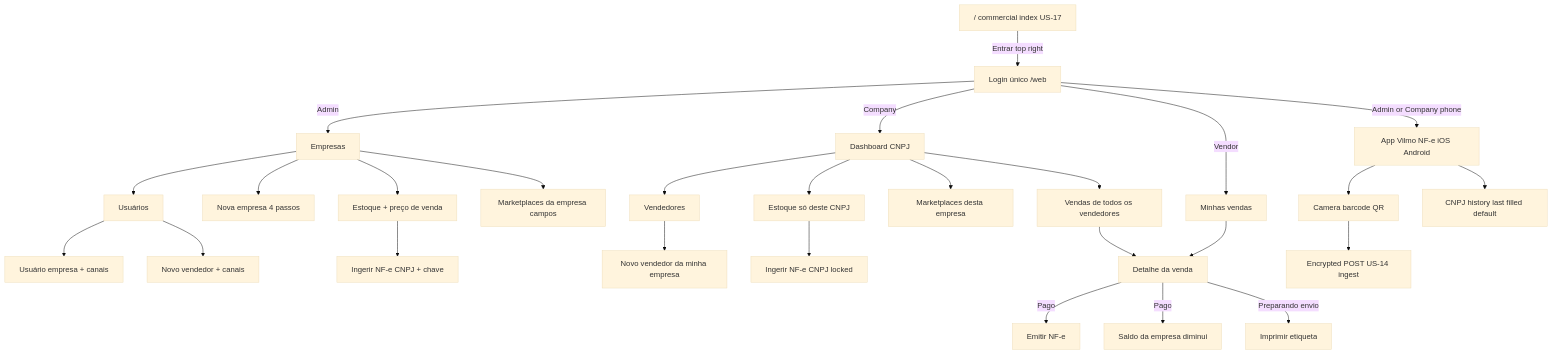
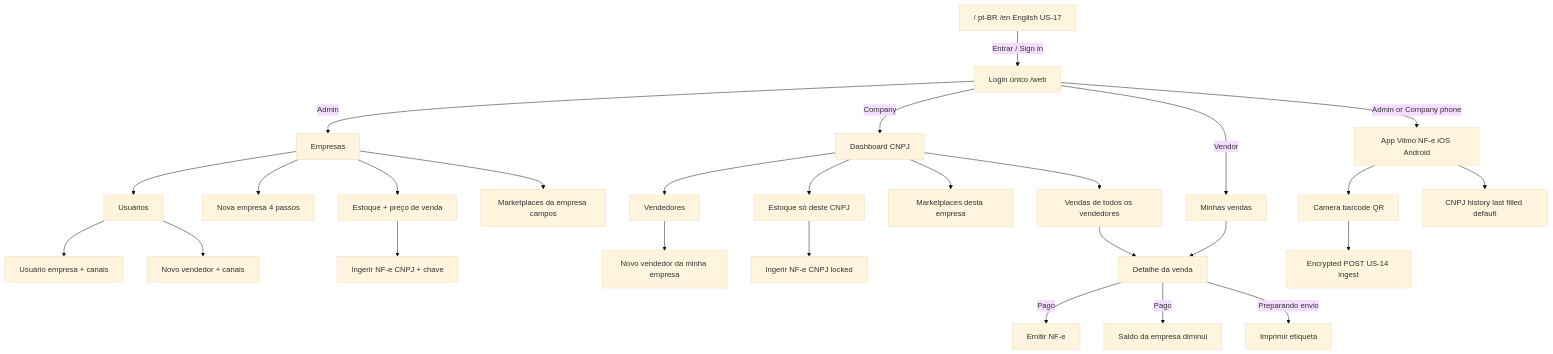
Before and after one commit to andrevilmo/VilmoMarketingEngine: the first of 2 diagrams in MD/WIREFRAMES.md, drawn with Mermaid (base theme). The commit also changed other lines of this file and 5 other files, not shown here.

First line of the commit message:
Plan US-17 commercial index in Portuguese and English

````diff
--- a/MD/WIREFRAMES.md
+++ b/MD/WIREFRAMES.md
@@ -27,34 +27,34 @@
 ```mermaid
 flowchart TD
-  home["/ commercial index US-17"]
-  home -->|Entrar top right| login[Login único /web]
+  home["/ pt-BR  /en English  US-17"]
+  home -->|Entrar / Sign in| login[Login único /web]
   login -->|Admin| empresas[Empresas]
   login -->|Company| dashEmp[Dashboard CNPJ]
   login -->|Vendor| minhasVendas[Minhas vendas]
   login -->|Admin or Company phone| appNfe[App Vilmo NF-e iOS Android]
 
   empresas --> wizard[Nova empresa 4 passos]
   empresas --> users[Usuários]
   users --> userEmp[Usuário empresa + canais]
   users --> vendorA[Novo vendedor + canais]
   empresas --> mktA[Marketplaces da empresa campos]
   empresas --> estoqueA[Estoque + preço de venda]
   estoqueA --> ingestA[Ingerir NF-e CNPJ + chave]
 
   dashEmp --> vendedores[Vendedores]
   vendedores --> vendorC[Novo vendedor da minha empresa]
   dashEmp --> mktC[Marketplaces desta empresa]
   dashEmp --> estoqueC[Estoque só deste CNPJ]
   estoqueC --> ingestC[Ingerir NF-e CNPJ locked]
   dashEmp --> vendasEmp[Vendas de todos os vendedores]
   vendasEmp --> detalhe[Detalhe da venda]
 
   appNfe --> scan[Camera barcode QR]
   appNfe --> cnpjHist[CNPJ history last filled default]
   scan --> encPost[Encrypted POST US-14 ingest]
 
   minhasVendas --> detalhe
   detalhe -->|Pago| nfe[Emitir NF-e]
   detalhe -->|Pago| stockDown[Saldo da empresa diminui]
   detalhe -->|Preparando envio| etiqueta[Imprimir etiqueta]
 ```
````
